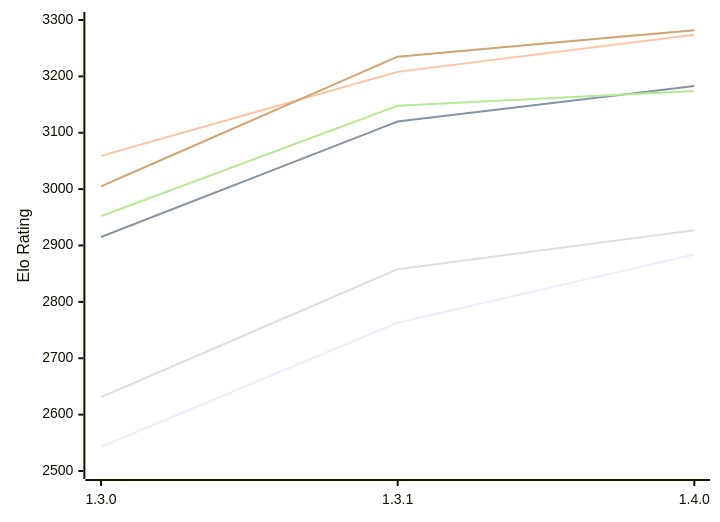
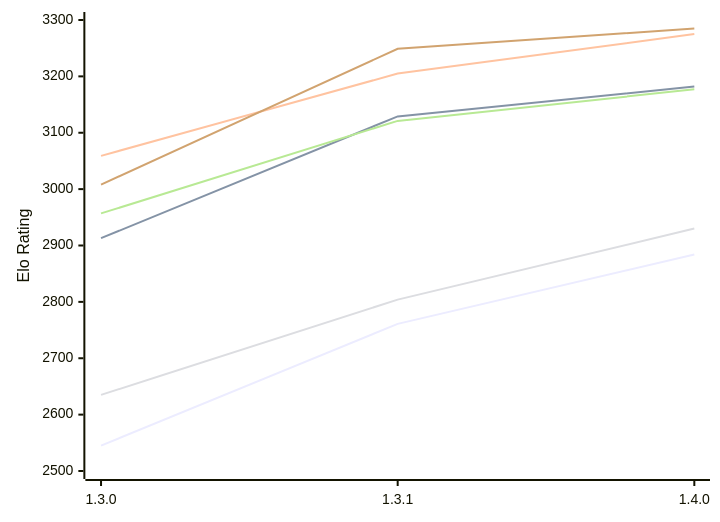
Before and after one commit to computer-chess-index/cci: the first of 2 diagrams in engines/Ember.md, drawn with Mermaid. The commit also changed other lines of this file, not shown here.

Commit message:
Update CCI Ratings (ELO VLTC) - 2026-11-24

````diff
--- a/engines/Ember.md
+++ b/engines/Ember.md
@@ -53,12 +53,12 @@
 ```mermaid
 %%{init: {"theme":"base","themeVariables":{"seriesColors:['#a3a3a3','#222221','#faa371']}}}%%
 xychart-beta
   x-axis ["1.3.0", "1.3.1", "1.4.0"]
   y-axis "Elo Rating" 2500 --> 3300
-  line "E1: STC (8.0+0.08s)" [2543, 2763, 2884]
-  line "E1: LTC (60.0+0.60s)" [2915, 3120, 3183]
-  line "E1: VLTC (2m24s+1.12s)" [3059, 3208, 3274]
-  line "P1: STC (8.0+0.08s)" [2631, 2858, 2927]
-  line "P1: LTC (60.0+0.60s)" [2952, 3148, 3174]
-  line "P1: VLTC (2m24s+1.12s)" [3005, 3235, 3282]
+  line "E1: STC (8.0+0.08s)" [2545, 2761, 2884]
+  line "E1: LTC (60.0+0.60s)" [2913, 3129, 3182]
+  line "E1: VLTC (2m24s+1.12s)" [3059, 3205, 3275]
+  line "P1: STC (8.0+0.08s)" [2635, 2804, 2930]
+  line "P1: LTC (60.0+0.60s)" [2957, 3121, 3177]
+  line "P1: VLTC (2m24s+1.12s)" [3008, 3249, 3285]
 ```
````
